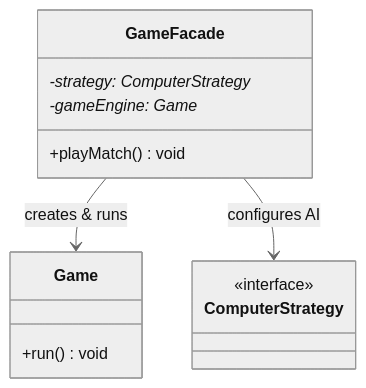
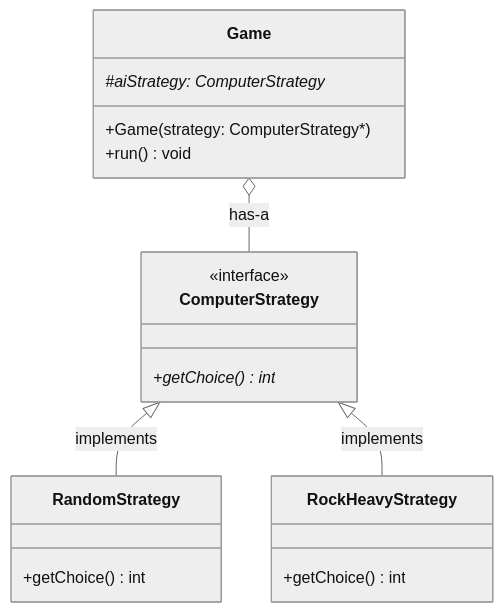
One commit to youssefkr6699/designpatternshw changed the third of 3 diagrams in README.md. Above: the diagram before and after it, drawn with Mermaid (neutral theme). The commit also changed other lines of this file, not shown here.

Commit message:
Update section title and modify class diagram

````diff
--- a/README.md
+++ b/README.md
@@ -50,17 +50,22 @@
 ```mermaid
 classDiagram
-    class GameFacade {
-        -strategy: ComputerStrategy*
-        -gameEngine: Game*
-        +playMatch() void
+    class ComputerStrategy {
+        <<interface>>
+        +getChoice() int*
+    }
+    class RandomStrategy {
+        +getChoice() int
+    }
+    class RockHeavyStrategy {
+        +getChoice() int
     }
     class Game {
+        #aiStrategy: ComputerStrategy*
+        +Game(strategy: ComputerStrategy*)
         +run() void
     }
-    class ComputerStrategy {
-        <<interface>>
-    }
     
-    GameFacade --> Game : creates & runs
-    GameFacade --> ComputerStrategy : configures AI
+    ComputerStrategy <|-- RandomStrategy : implements
+    ComputerStrategy <|-- RockHeavyStrategy : implements
+    Game o-- ComputerStrategy : has-a
 ```
````
